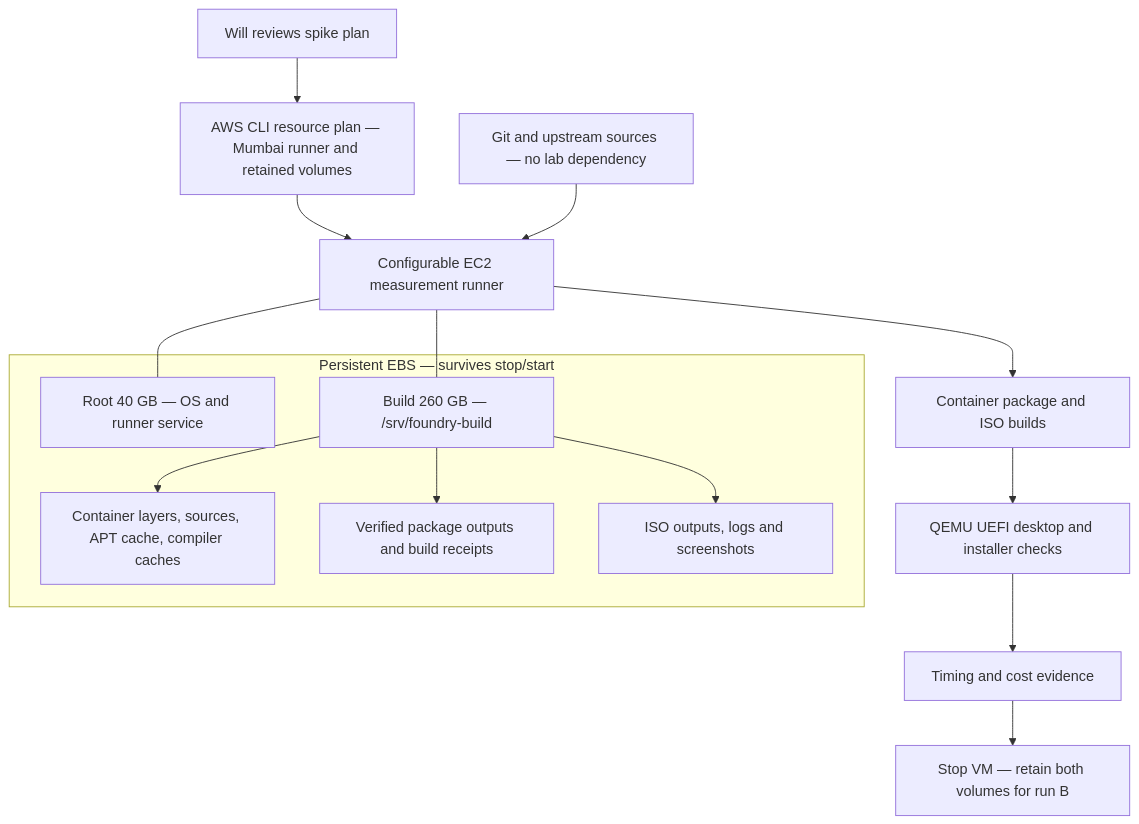
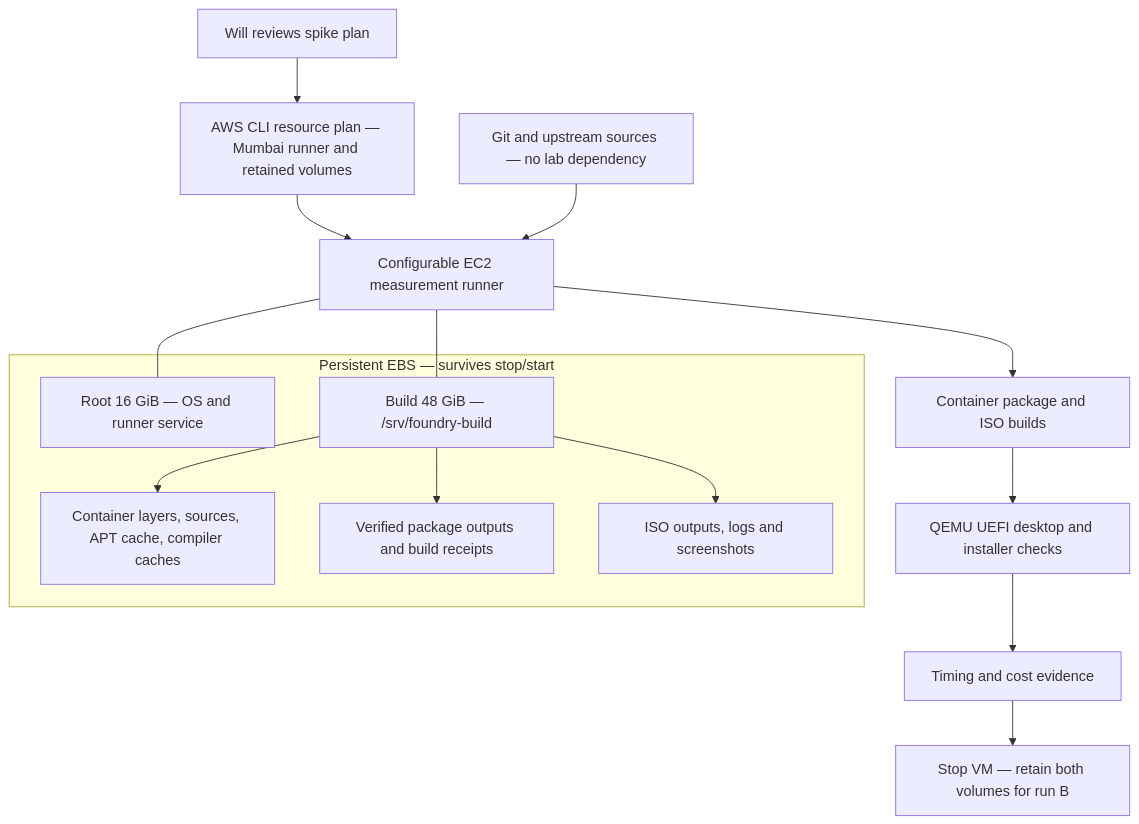
One commit to foundry-linux/foundrylinux.org changed the third of 5 diagrams in docs/plans/2026-11-15-aws-cold-warm-build-spike.md. Above: the diagram before and after it, drawn with Mermaid. The commit also changed other lines of this file and 18 other files, not shown here.

````diff
--- a/docs/plans/2026-11-15-aws-cold-warm-build-spike.md
+++ b/docs/plans/2026-11-15-aws-cold-warm-build-spike.md
@@ -108,22 +121,22 @@
 ```mermaid
 flowchart TB
     W[Will reviews spike plan] --> T[AWS CLI resource plan — Mumbai runner and retained volumes]
     T --> V[Configurable EC2 measurement runner]
     subgraph Disk["Persistent EBS — survives stop/start"]
-        O[Root 40 GB — OS and runner service]
-        D[Build 260 GB — /srv/foundry-build]
+        O[Root 16 GiB — OS and runner service]
+        D[Build 48 GiB — /srv/foundry-build]
         C[Container layers, sources, APT cache, compiler caches]
         P[Verified package outputs and build receipts]
         I[ISO outputs, logs and screenshots]
         D --> C
         D --> P
         D --> I
     end
     V --- O
     V --- D
     G[Git and upstream sources — no lab dependency] --> V
     V --> B[Container package and ISO builds]
     B --> Q[QEMU UEFI desktop and installer checks]
     Q --> E[Timing and cost evidence]
     E --> S[Stop VM — retain both volumes for run B]
 ```
````
